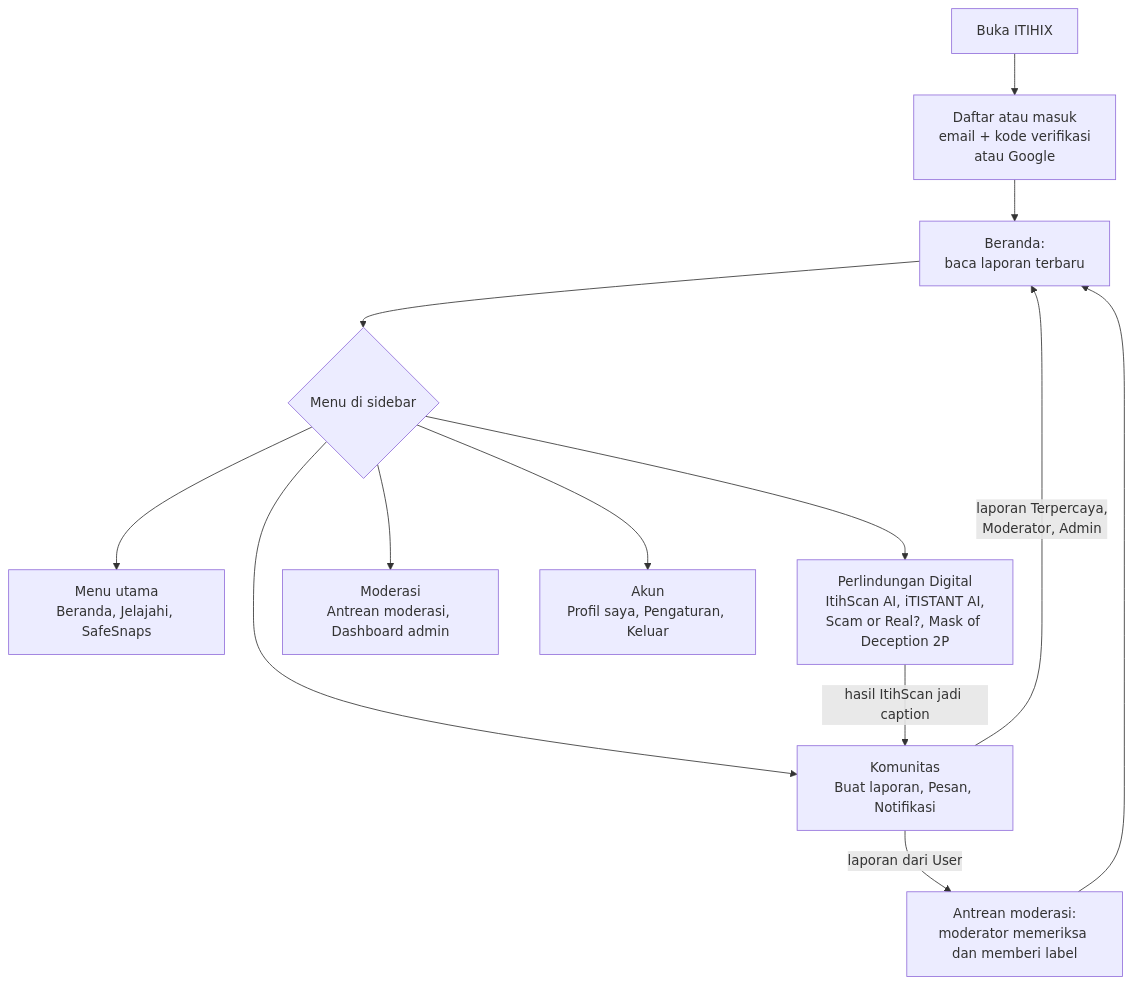
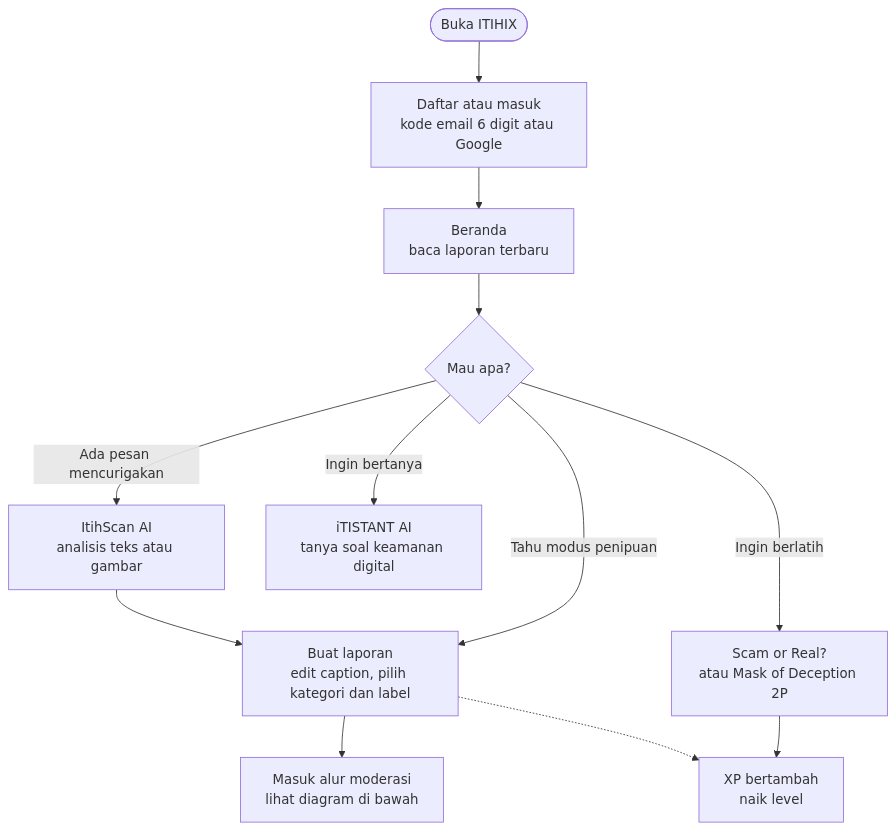
The first of 3 diagrams in README.md (ZaidAlHibb/ITIHIX), drawn with Mermaid before and after one commit. The commit also changed other lines of this file, not shown here.

First line of the commit message:
Enhance README with user journey and moderation flow

````diff
--- a/README.md
+++ b/README.md
@@ -270,15 +272,14 @@
 ```mermaid
 flowchart TD
-    A[Buka ITIHIX] --> B[Daftar atau masuk<br/>email + kode verifikasi<br/>atau Google]
-    B --> C[Beranda:<br/>baca laporan terbaru]
-    C --> D{Menu di sidebar}
-    D --> M1[Menu utama<br/>Beranda, Jelajahi, SafeSnaps]
-    D --> M2[Perlindungan Digital<br/>ItihScan AI, iTISTANT AI,<br/>Scam or Real?, Mask of Deception 2P]
-    D --> M3[Komunitas<br/>Buat laporan, Pesan, Notifikasi]
-    D --> M4[Moderasi<br/>Antrean moderasi, Dashboard admin]
-    D --> M5[Akun<br/>Profil saya, Pengaturan, Keluar]
-    M2 -->|hasil ItihScan jadi caption| M3
-    M3 -->|laporan dari User| Q[Antrean moderasi:<br/>moderator memeriksa dan memberi label]
-    M3 -->|laporan Terpercaya,<br/>Moderator, Admin| C
-    Q --> C
+    A([Buka ITIHIX]) --> B[Daftar atau masuk<br/>kode email 6 digit atau Google]
+    B --> C[Beranda<br/>baca laporan terbaru]
+    C --> D{Mau apa?}
+    D -->|Ada pesan mencurigakan| E[ItihScan AI<br/>analisis teks atau gambar]
+    D -->|Ingin bertanya| F[iTISTANT AI<br/>tanya soal keamanan digital]
+    D -->|Ingin berlatih| G[Scam or Real?<br/>atau Mask of Deception 2P]
+    D -->|Tahu modus penipuan| H
+    E --> H[Buat laporan<br/>edit caption, pilih kategori dan label]
+    H --> I[Masuk alur moderasi<br/>lihat diagram di bawah]
+    G --> J[XP bertambah<br/>naik level]
+    H -.-> J
 ```
````
